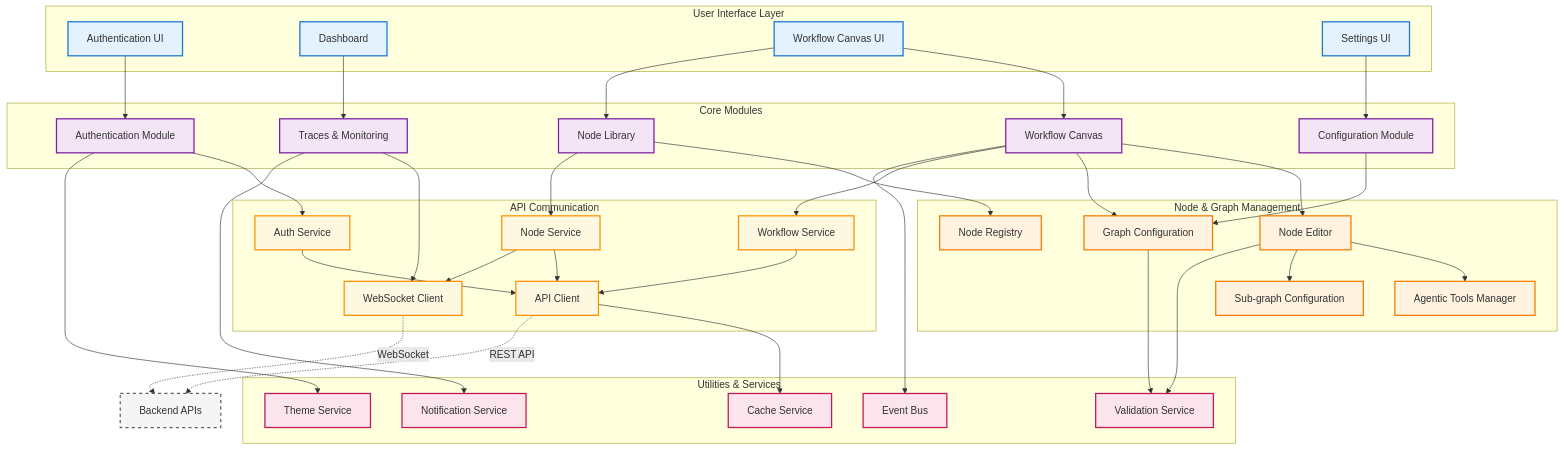
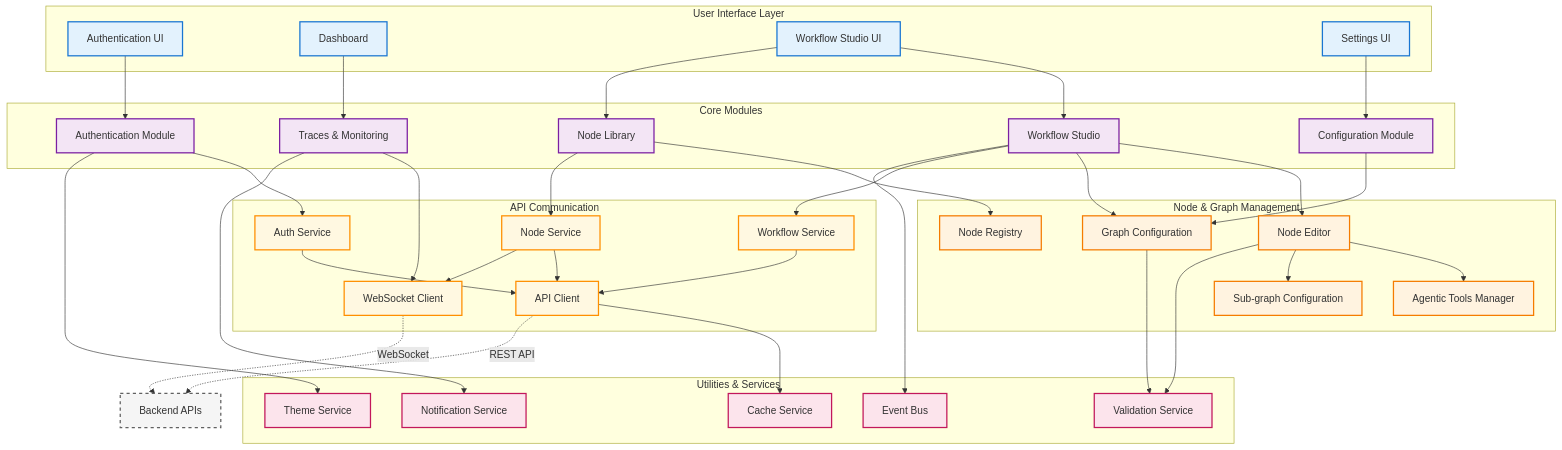
One commit to AI-Colleagues/orcheo changed the third of 3 diagrams in project/architecture/design.md. Above: the diagram before and after it, drawn with Mermaid. The commit also changed other lines of this file and 556 other files, not shown here.

Commit message:
Rename Canvas to Studio across the stack (#401)

```diff
--- a/project/architecture/design.md
+++ b/project/architecture/design.md
@@ -310,13 +310,13 @@
     subgraph "User Interface Layer"
         AuthUI[Authentication UI]
         Dashboard[Dashboard]
-        CanvasUI[Workflow Canvas UI]
+        StudioUI[Workflow Studio UI]
         SettingsUI[Settings UI]
     end
 
     subgraph "Core Modules"
         AuthModule[Authentication Module]
-        CanvasModule[Workflow Canvas]
+        StudioModule[Workflow Studio]
         NodeLibraryModule[Node Library]
         TracesModule[Traces & Monitoring]
         ConfigModule[Configuration Module]
@@ -349,13 +349,13 @@
     %% UI to Module connections
     AuthUI --> AuthModule
     Dashboard --> TracesModule
-    CanvasUI --> CanvasModule
-    CanvasUI --> NodeLibraryModule
+    StudioUI --> StudioModule
+    StudioUI --> NodeLibraryModule
     SettingsUI --> ConfigModule
 
     %% Module to Node/Graph Management
-    CanvasModule --> NodeEditor
-    CanvasModule --> GraphConfig
+    StudioModule --> NodeEditor
+    StudioModule --> GraphConfig
     NodeLibraryModule --> NodeRegistry
     NodeEditor --> AgenticTools
     NodeEditor --> SubgraphConfig
@@ -363,7 +363,7 @@
 
     %% API Communication connections
     AuthModule --> AuthService
-    CanvasModule --> WorkflowService
+    StudioModule --> WorkflowService
     NodeLibraryModule --> NodeService
     TracesModule --> WebSocketClient
     AuthService --> APIClient
@@ -376,7 +376,7 @@
     GraphConfig --> ValidationService
     APIClient --> CacheService
     TracesModule --> NotificationService
-    CanvasModule --> EventBus
+    StudioModule --> EventBus
     AuthModule --> ThemeService
 
     %% Backend connection
@@ -391,8 +391,8 @@
     classDef utilityNodes fill:#fce4ec,stroke:#c2185b,stroke-width:2px
     classDef backendNodes fill:#f5f5f5,stroke:#616161,stroke-width:2px,stroke-dasharray: 5 5
 
-    class AuthUI,Dashboard,CanvasUI,SettingsUI uiNodes
-    class AuthModule,CanvasModule,NodeLibraryModule,TracesModule,ConfigModule coreNodes
+    class AuthUI,Dashboard,StudioUI,SettingsUI uiNodes
+    class AuthModule,StudioModule,NodeLibraryModule,TracesModule,ConfigModule coreNodes
     class NodeEditor,AgenticTools,SubgraphConfig,GraphConfig,NodeRegistry nodeNodes
     class APIClient,WebSocketClient,AuthService,WorkflowService,NodeService apiNodes
     class ValidationService,CacheService,EventBus,NotificationService,ThemeService utilityNodes
```
